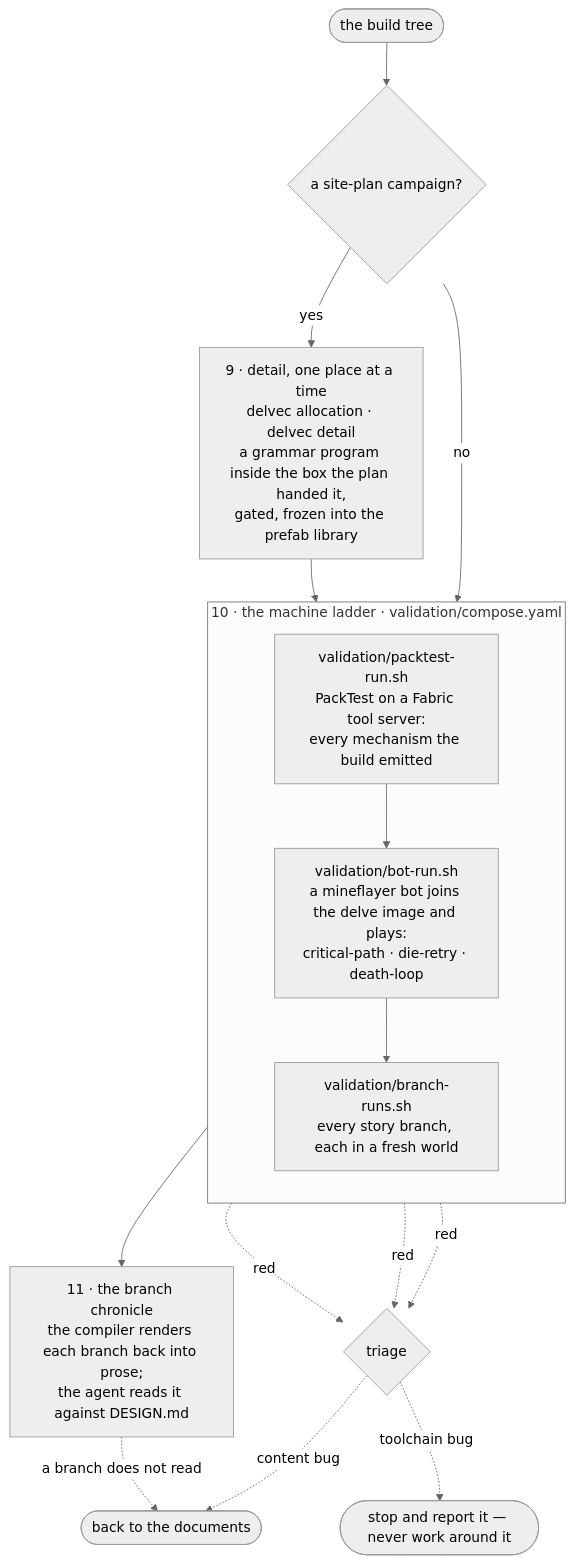
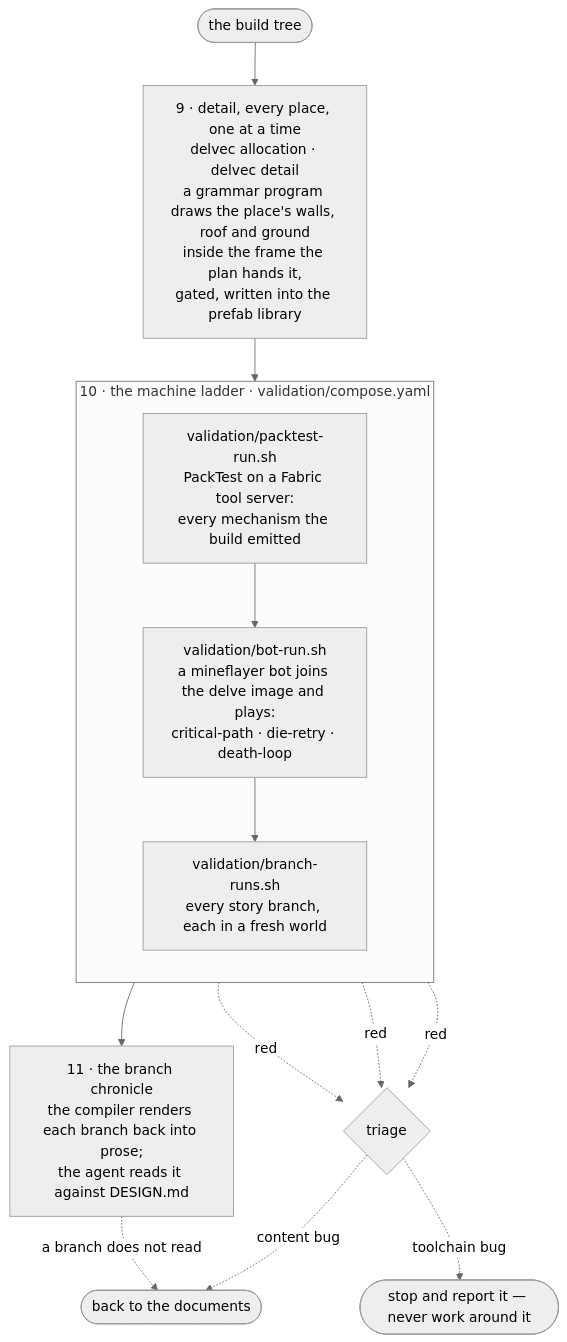
One commit to stellarfeline/delvewright changed the fifth of 9 diagrams in docs/how-it-works.md. Above: the diagram before and after it, drawn with Mermaid (neutral theme). The commit also changed other lines of this file and 1 other file, not shown here.

First line of the commit message:
docs(how-it-works): every map is a site plan (ADR-0032)

````diff
--- a/docs/how-it-works.md
+++ b/docs/how-it-works.md
@@ -116,22 +113,20 @@
 ```mermaid
 flowchart TD
-    T(["the build tree"]) --> SPQ{"a site-plan campaign?"}
-    SPQ -->|"yes"| DET["9 · detail, one place at a time<br/>delvec allocation · delvec detail<br/>a grammar program inside the box the plan handed it,<br/>gated, frozen into the prefab library"]
-    SPQ -->|"no"| PT
+    T(["the build tree"]) --> DET["9 · detail, every place, one at a time<br/>delvec allocation · delvec detail<br/>a grammar program draws the place's walls, roof and ground<br/>inside the frame the plan hands it,<br/>gated, written into the prefab library"]
     DET --> PT
 
     subgraph LADDER ["10 · the machine ladder · validation/compose.yaml"]
         direction TB
         PT["validation/packtest-run.sh<br/>PackTest on a Fabric tool server:<br/>every mechanism the build emitted"]
         PT --> BOT["validation/bot-run.sh<br/>a mineflayer bot joins the delve image and plays:<br/>critical-path · die-retry · death-loop"]
         BOT --> BR["validation/branch-runs.sh<br/>every story branch, each in a fresh world"]
     end
 
     PT -.->|"red"| TRI{"triage"}
     BOT -.->|"red"| TRI
     BR -.->|"red"| TRI
     TRI -.->|"content bug"| BACK(["back to the documents"])
     TRI -.->|"toolchain bug"| ESC(["stop and report it — never work around it"])
     BR --> CH["11 · the branch chronicle<br/>the compiler renders each branch back into prose;<br/>the agent reads it against DESIGN.md"]
     CH -.->|"a branch does not read"| BACK
 ```
````
